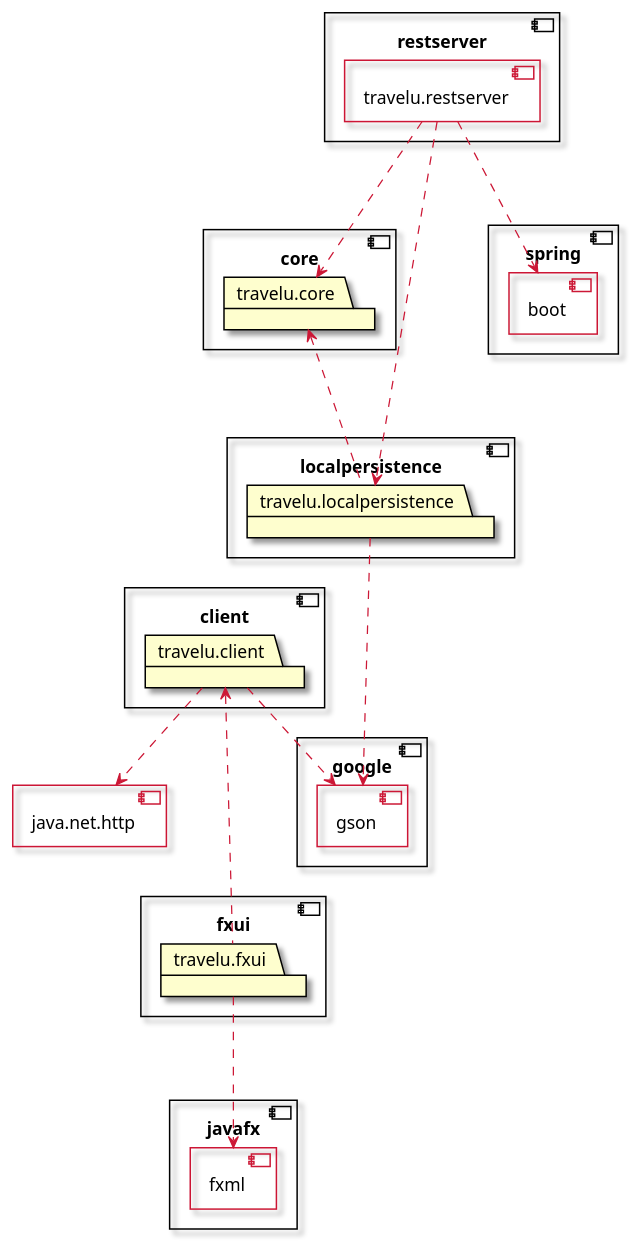
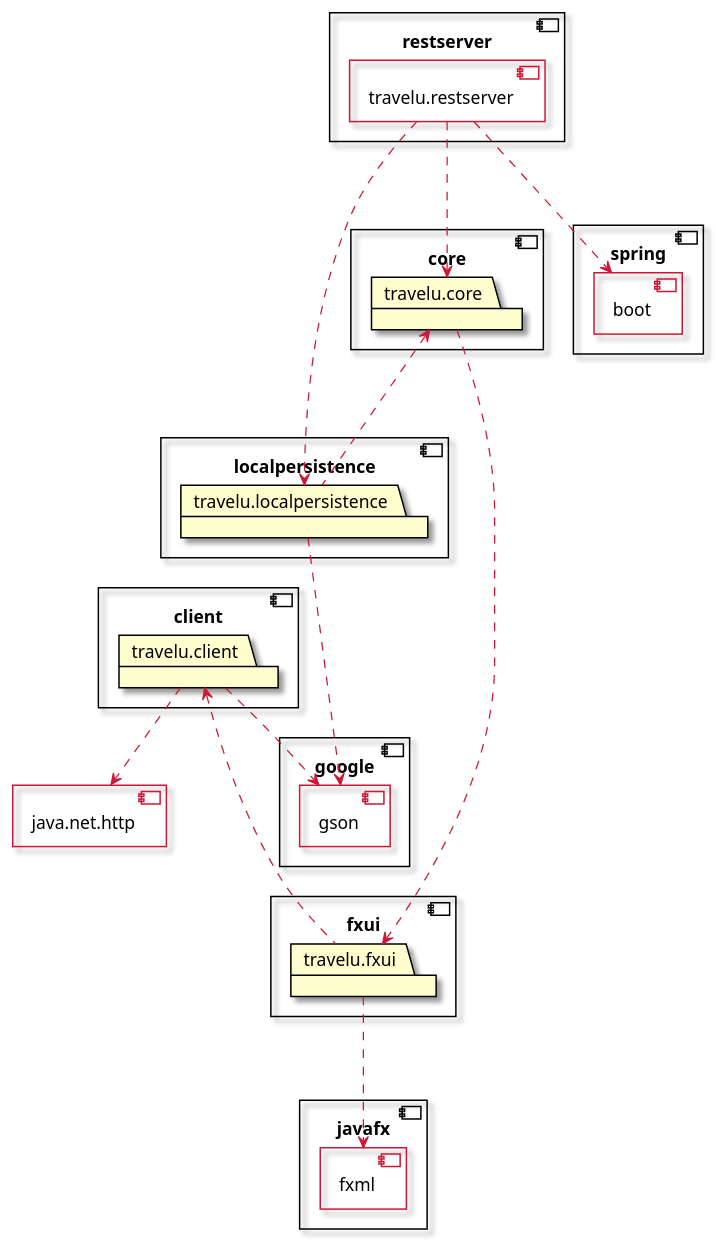
Before and after one commit to tbwiik/Travelu: the diagram in docs/diagrams/packageDiagram.plantuml, drawn with PlantUML. The commit also changed 1 other file, not shown here.

Commit message:
docs: add association for core and fxui

```diff
--- a/docs/diagrams/packageDiagram.plantuml
+++ b/docs/diagrams/packageDiagram.plantuml
@@ -1,64 +1,65 @@
 @startuml packageDiagram
 skin rose
 
 component restserver {
   [travelu.restserver] <<inside>>
 }
 
 component fxui {
   package travelu.fxui {
 }
 }
 
 component core {
   package travelu.core {
 }
 }
 
 component localpersistence {
   package travelu.localpersistence {
 }
 }
 
 component client {
   package travelu.client {
 }
 }
 
 component spring {
   [boot] <<inside>>
 }
 
 component javafx {
   [fxml] <<inside>>
 }
 
 component google {
   [gson] <<inside>>
 }
 
 component java.net.http <<inside>> {
 }
 skinparam Component {
   BackgroundColor transparent
   BorderColor black
   BorderColor<<inside>> #cc1836
 }
 
 skinparam ComponentBorderThickness 1.2
 skinparam PackageBorderThickness 1.2
 skinparam PackageBorderColor black
 skinparam ArrowColor #cc1836
 
 HIDE <<inside>> stereotype
 
+travelu.core ...> travelu.fxui
 travelu.client <... travelu.fxui
 travelu.client ..> gson
 travelu.client ..> java.net.http
 travelu.fxui ...> fxml
 travelu.localpersistence ...> gson
 travelu.core <... travelu.localpersistence
 travelu.restserver ...> travelu.core
 travelu.restserver ...> boot
 travelu.restserver ...> travelu.localpersistence
 @enduml
```
